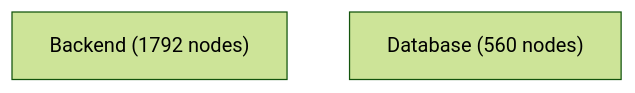
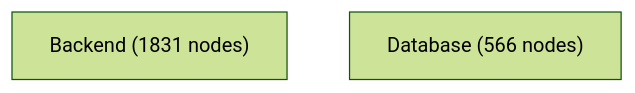
Before and after one commit to jankneumann/agentic-coding-tools: the first of 4 diagrams in docs/architecture-analysis/architecture.report.md, drawn with Mermaid (forest theme). The commit also changed other lines of this file and 19 other files, not shown here.

First line of the commit message:
chore(roadmap): record ri-10 validation as incomplete and leave it in progress

````diff
--- a/docs/architecture-analysis/architecture.report.md
+++ b/docs/architecture-analysis/architecture.report.md
@@ -551,5 +559,5 @@
 ```mermaid
 flowchart TB
-    Backend["Backend (1792 nodes)"]
-    Database["Database (560 nodes)"]
+    Backend["Backend (1831 nodes)"]
+    Database["Database (566 nodes)"]
 ```
````
